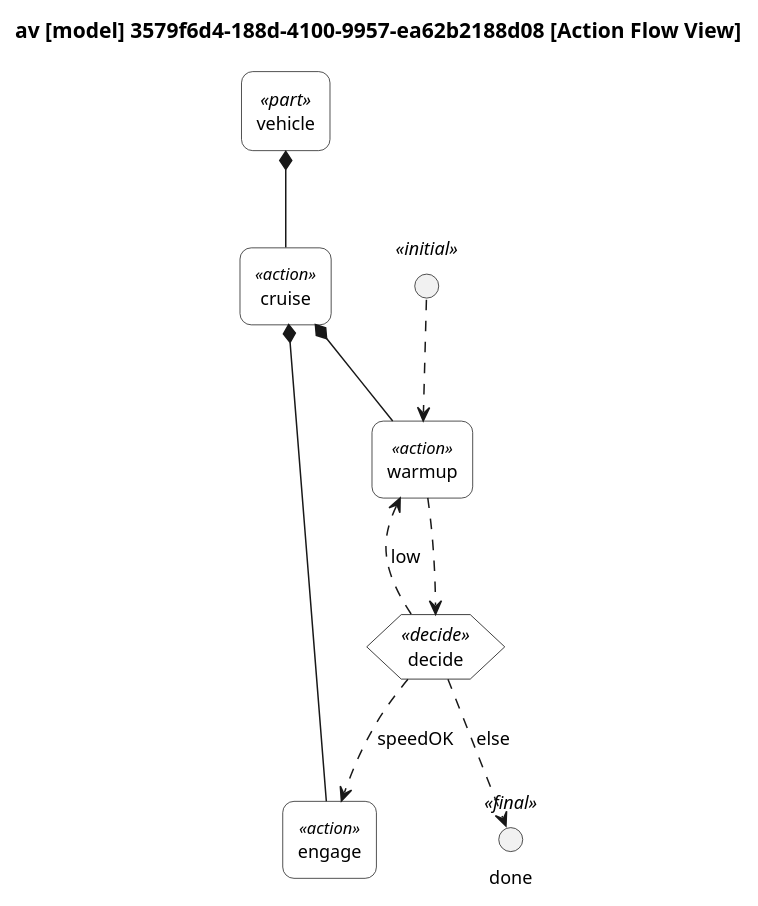
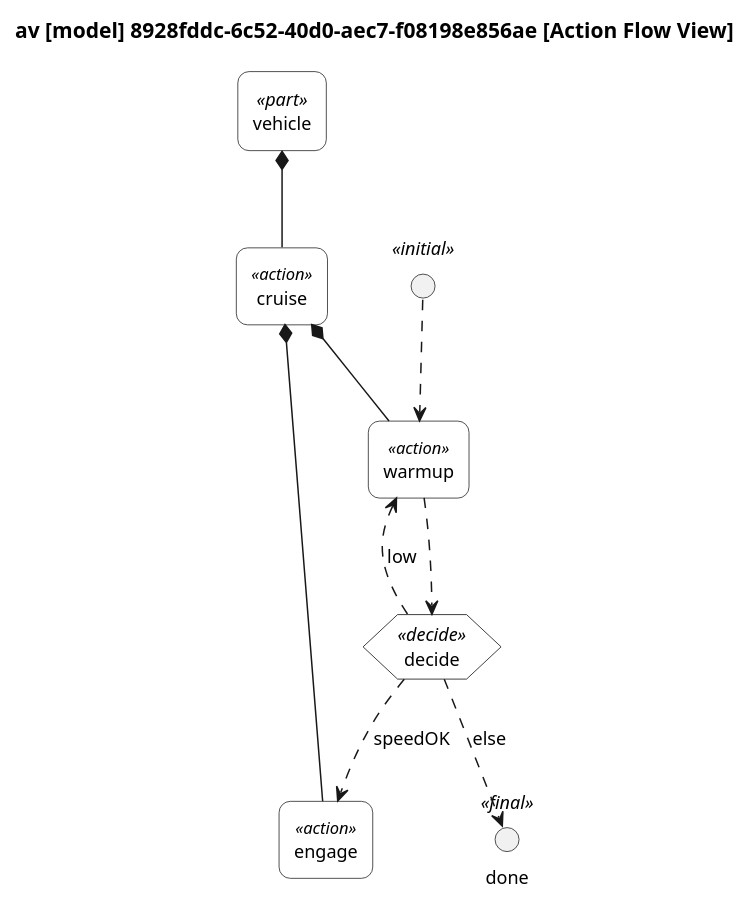
Before and after one commit to mycr0ft/sysml2py: the diagram in docs/plantuml-examples/10-action-flow-view.puml, drawn with PlantUML. The commit also changed 27 other files, not shown here.

```diff
--- a/docs/plantuml-examples/10-action-flow-view.puml
+++ b/docs/plantuml-examples/10-action-flow-view.puml
@@ -1,96 +1,96 @@
 @startuml
 
 skinparam monochrome true
 skinparam wrapWidth 300
 skinparam defaultFontSize 12
 skinparam defaultFontName Helvetica
 
 skinparam rectangle<<action def>> {
     RoundCorner 0
     BackgroundColor white
 }
 skinparam rectangle<<action>> {
     RoundCorner 15
     BackgroundColor white
 }
 skinparam rectangle<<flow def>> {
     RoundCorner 0
     BackgroundColor white
 }
 skinparam rectangle<<flow>> {
     RoundCorner 15
     BackgroundColor white
 }
 skinparam rectangle<<attribute def>> {
     RoundCorner 0
     BackgroundColor white
 }
 skinparam rectangle<<attribute>> {
     RoundCorner 15
     BackgroundColor white
 }
 skinparam rectangle<<port def>> {
     RoundCorner 0
     BackgroundColor white
 }
 skinparam rectangle<<port>> {
     RoundCorner 15
     BackgroundColor white
 }
 skinparam rectangle<<part def>> {
     RoundCorner 0
     BackgroundColor white
 }
 skinparam rectangle<<part>> {
     RoundCorner 15
     BackgroundColor white
 }
 
 ' Swim lane styling for actions
 skinparam rectangle<<action def>> {
     StereotypeFontSize 11
 }
 skinparam rectangle<<action>> {
     StereotypeFontSize 11
 }
 ' Control nodes (initial/final/decision/merge/fork/join)
 skinparam circle<<initial>> {
     BackgroundColor black
     BorderColor black
 }
 skinparam circle<<final>> {
     BackgroundColor white
     BorderColor black
 }
 skinparam hexagon {
     BackgroundColor white
     BorderColor black
 }
 
 top to bottom direction
 
-title av [model] 3579f6d4-188d-4100-9957-ea62b2188d08 [Action Flow View]
+title av [model] 8928fddc-6c52-40d0-aec7-f08198e856ae [Action Flow View]
 
 hide circle
 
 rectangle "vehicle" as E1 <<part>>
 rectangle "cruise" as E2 <<action>>
 rectangle "warmup" as E4 <<action>>
 rectangle "engage" as E5 <<action>>
 
 E1 *-- E2
 E2 *-- E4
 E2 *-- E5
 
 
 circle " " as CN1 <<initial>>
 CN1 ..> E4
 hexagon "decide" as CN2 <<decide>>
 E4 ..> CN2
 CN2 ..> E5 : speedOK
 CN2 ..> E4 : low
 circle "done" as CN3 <<final>>
 CN2 ..> CN3 : else
 
 
 @enduml
```
